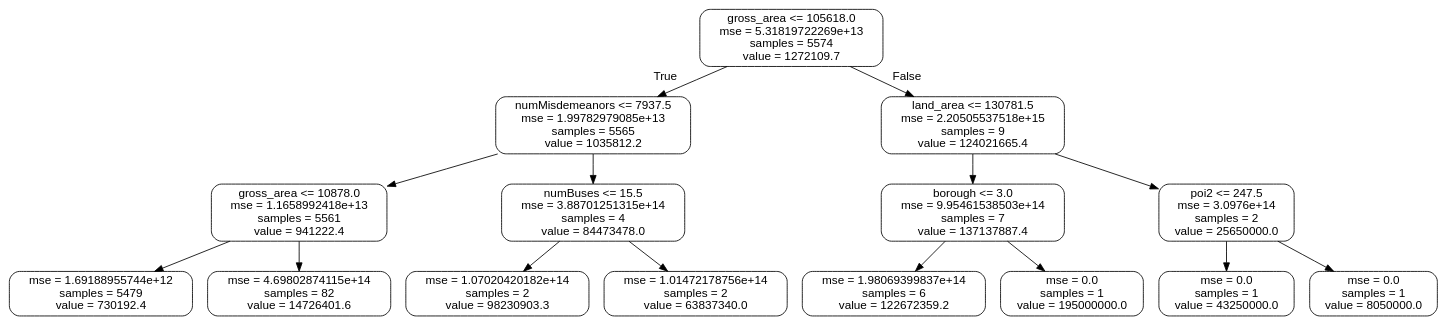
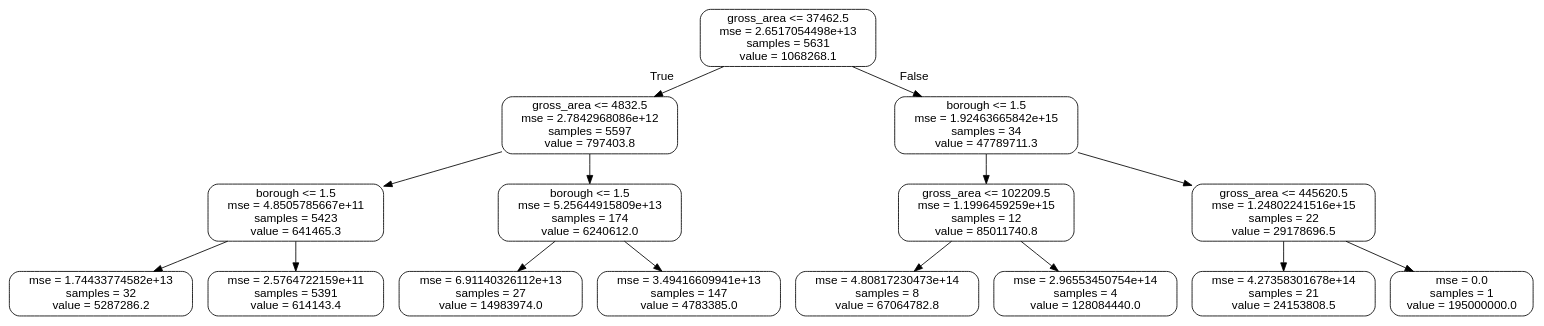
One commit to fegan104/cs586-team2 changed the diagram in Project2/small_tree.dot. Above: the diagram before and after it, drawn with Graphviz. The commit also changed 8 other files, not shown here.

```diff
--- a/Project2/small_tree.dot
+++ b/Project2/small_tree.dot
@@ -1,33 +1,33 @@
 digraph Tree {
 node [shape=box, style="rounded", color="black", fontname=helvetica] ;
 edge [fontname=helvetica] ;
-0 [label="gross_area <= 105618.0\nmse = 5.31819722269e+13\nsamples = 5574\nvalue = 1272109.7"] ;
-1 [label="numMisdemeanors <= 7937.5\nmse = 1.99782979085e+13\nsamples = 5565\nvalue = 1035812.2"] ;
+0 [label="gross_area <= 37462.5\nmse = 2.6517054498e+13\nsamples = 5631\nvalue = 1068268.1"] ;
+1 [label="gross_area <= 4832.5\nmse = 2.7842968086e+12\nsamples = 5597\nvalue = 797403.8"] ;
 0 -> 1 [labeldistance=2.5, labelangle=45, headlabel="True"] ;
-2 [label="gross_area <= 10878.0\nmse = 1.1658992418e+13\nsamples = 5561\nvalue = 941222.4"] ;
+2 [label="borough <= 1.5\nmse = 4.8505785667e+11\nsamples = 5423\nvalue = 641465.3"] ;
 1 -> 2 ;
-3 [label="mse = 1.69188955744e+12\nsamples = 5479\nvalue = 730192.4"] ;
+3 [label="mse = 1.74433774582e+13\nsamples = 32\nvalue = 5287286.2"] ;
 2 -> 3 ;
-4 [label="mse = 4.69802874115e+14\nsamples = 82\nvalue = 14726401.6"] ;
+4 [label="mse = 2.5764722159e+11\nsamples = 5391\nvalue = 614143.4"] ;
 2 -> 4 ;
-5 [label="numBuses <= 15.5\nmse = 3.88701251315e+14\nsamples = 4\nvalue = 84473478.0"] ;
+5 [label="borough <= 1.5\nmse = 5.25644915809e+13\nsamples = 174\nvalue = 6240612.0"] ;
 1 -> 5 ;
-6 [label="mse = 1.07020420182e+14\nsamples = 2\nvalue = 98230903.3"] ;
+6 [label="mse = 6.91140326112e+13\nsamples = 27\nvalue = 14983974.0"] ;
 5 -> 6 ;
-7 [label="mse = 1.01472178756e+14\nsamples = 2\nvalue = 63837340.0"] ;
+7 [label="mse = 3.49416609941e+13\nsamples = 147\nvalue = 4783385.0"] ;
 5 -> 7 ;
-8 [label="land_area <= 130781.5\nmse = 2.20505537518e+15\nsamples = 9\nvalue = 124021665.4"] ;
+8 [label="borough <= 1.5\nmse = 1.92463665842e+15\nsamples = 34\nvalue = 47789711.3"] ;
 0 -> 8 [labeldistance=2.5, labelangle=-45, headlabel="False"] ;
-9 [label="borough <= 3.0\nmse = 9.95461538503e+14\nsamples = 7\nvalue = 137137887.4"] ;
+9 [label="gross_area <= 102209.5\nmse = 1.1996459259e+15\nsamples = 12\nvalue = 85011740.8"] ;
 8 -> 9 ;
-10 [label="mse = 1.98069399837e+14\nsamples = 6\nvalue = 122672359.2"] ;
+10 [label="mse = 4.80817230473e+14\nsamples = 8\nvalue = 67064782.8"] ;
 9 -> 10 ;
-11 [label="mse = 0.0\nsamples = 1\nvalue = 195000000.0"] ;
+11 [label="mse = 2.96553450754e+14\nsamples = 4\nvalue = 128084440.0"] ;
 9 -> 11 ;
-12 [label="poi2 <= 247.5\nmse = 3.0976e+14\nsamples = 2\nvalue = 25650000.0"] ;
+12 [label="gross_area <= 445620.5\nmse = 1.24802241516e+15\nsamples = 22\nvalue = 29178696.5"] ;
 8 -> 12 ;
-13 [label="mse = 0.0\nsamples = 1\nvalue = 43250000.0"] ;
+13 [label="mse = 4.27358301678e+14\nsamples = 21\nvalue = 24153808.5"] ;
 12 -> 13 ;
-14 [label="mse = 0.0\nsamples = 1\nvalue = 8050000.0"] ;
+14 [label="mse = 0.0\nsamples = 1\nvalue = 195000000.0"] ;
 12 -> 14 ;
 }
```
